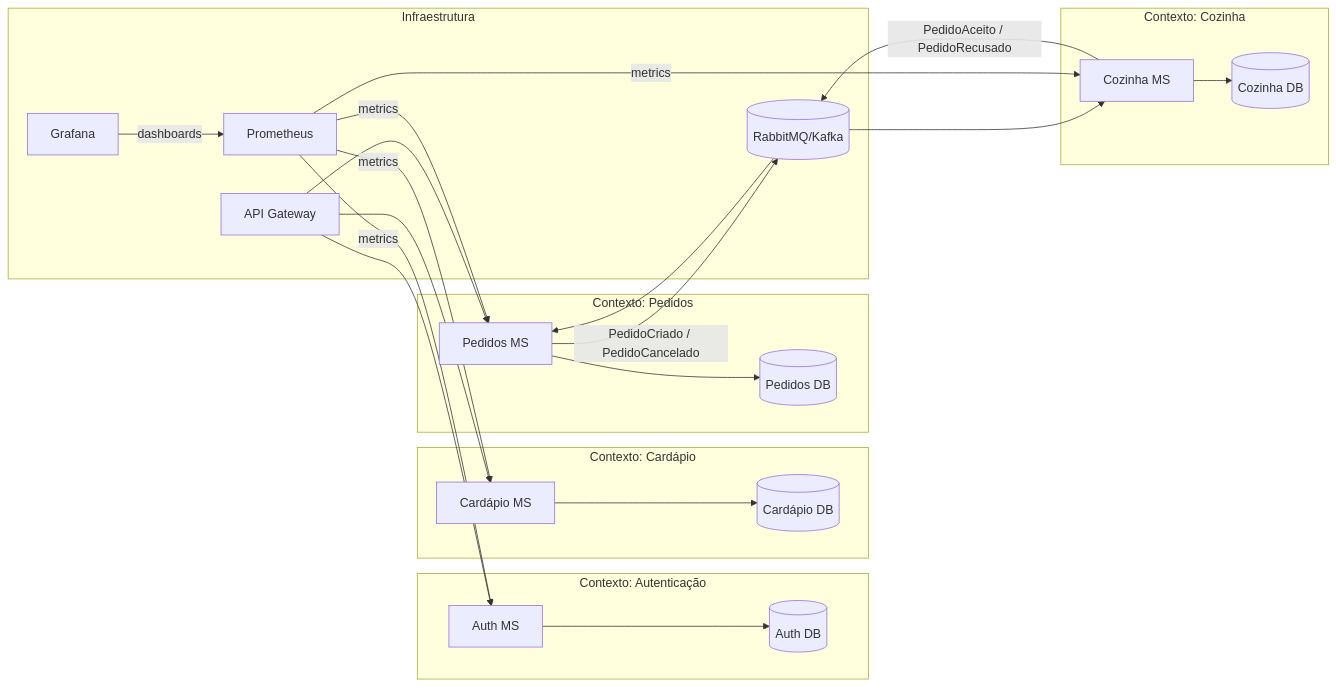
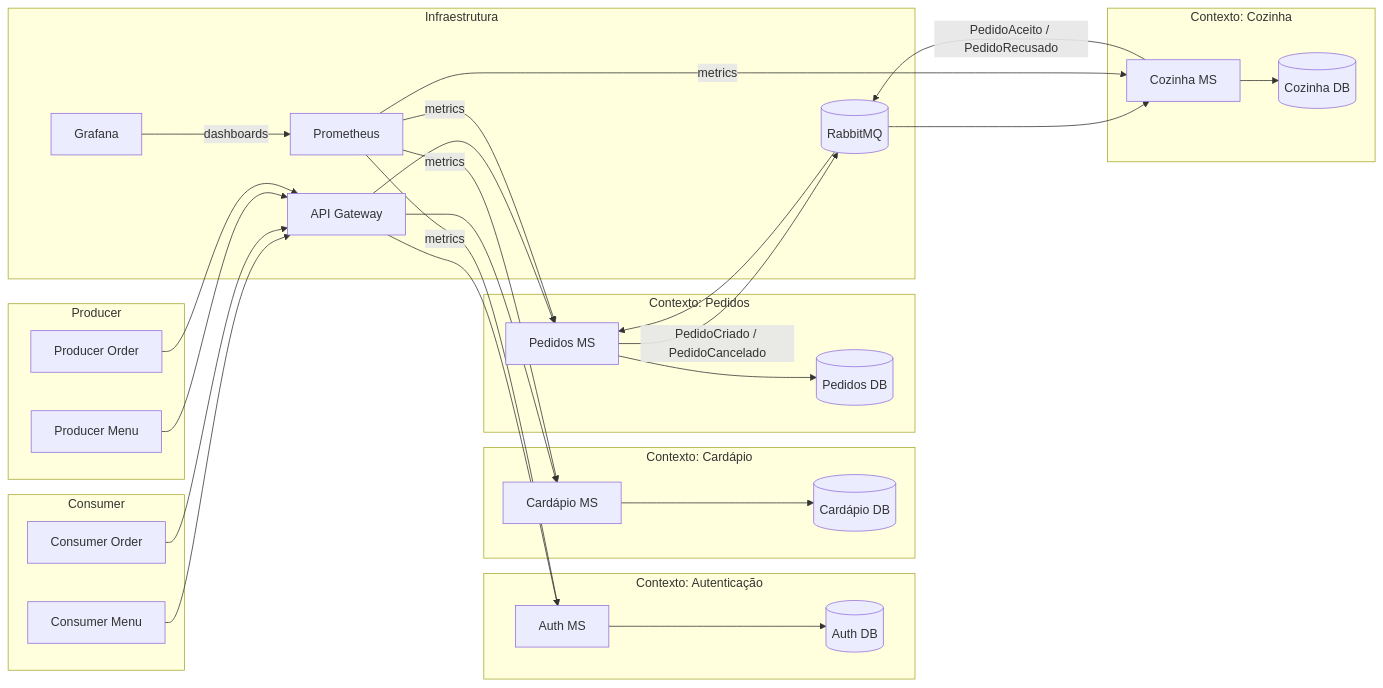
One commit to matmiranda/hackaton changed the diagram in README.md. Above: the diagram before and after it, drawn with Mermaid.

````diff
--- a/README.md
+++ b/README.md
@@ -178,52 +178,67 @@
 ```mermaid
 flowchart LR
   subgraph "Contexto: Autenticação"
     AuthMS["Auth MS"]
     AuthDB[(Auth DB)]
   end
 
   subgraph "Contexto: Cardápio"
     CardMS["Cardápio MS"]
     CardDB[(Cardápio DB)]
   end
 
   subgraph "Contexto: Pedidos"
     PedMS["Pedidos MS"]
     PedDB[(Pedidos DB)]
   end
 
   subgraph "Contexto: Cozinha"
     KitchenMS["Cozinha MS"]
     KitchenDB[(Cozinha DB)]
   end
 
-  subgraph Infraestrutura
+  subgraph "Consumer"
+    ConsumerMenu["Consumer Menu"]
+    ConsumerOrder["Consumer Order"]
+  end
+
+  subgraph "Producer"
+    ProducerMenu["Producer Menu"]
+    ProducerOrder["Producer Order"]
+  end
+
+  subgraph "Infraestrutura"
     API["API Gateway"]
-    MQ[(RabbitMQ/Kafka)]
+    MQ[(RabbitMQ)]
     Prometheus
     Grafana
   end
 
   %% Fluxo de requisições
+  ConsumerMenu --> API
+  ConsumerOrder --> API
+  ProducerMenu --> API
+  ProducerOrder --> API
   API --> AuthMS
   API --> CardMS
   API --> PedMS
 
   %% Event Bus
   PedMS -->|PedidoCriado / PedidoCancelado| MQ
   MQ --> KitchenMS
   KitchenMS -->|PedidoAceito / PedidoRecusado| MQ
   MQ --> PedMS
 
   %% Persistência
   AuthMS --> AuthDB
   CardMS --> CardDB
   PedMS --> PedDB
   KitchenMS --> KitchenDB
 
   %% Observabilidade
   Prometheus -->|metrics| AuthMS & CardMS & PedMS & KitchenMS
   Grafana -->|dashboards| Prometheus
 
 
+
 ```
````
